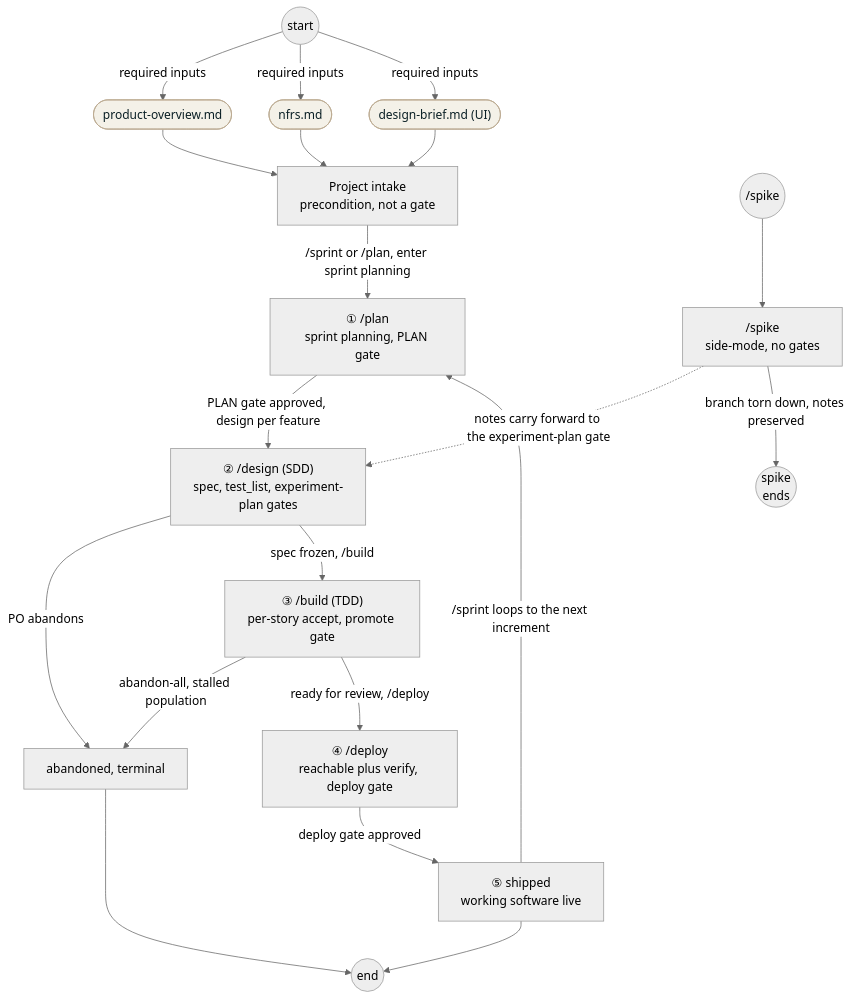
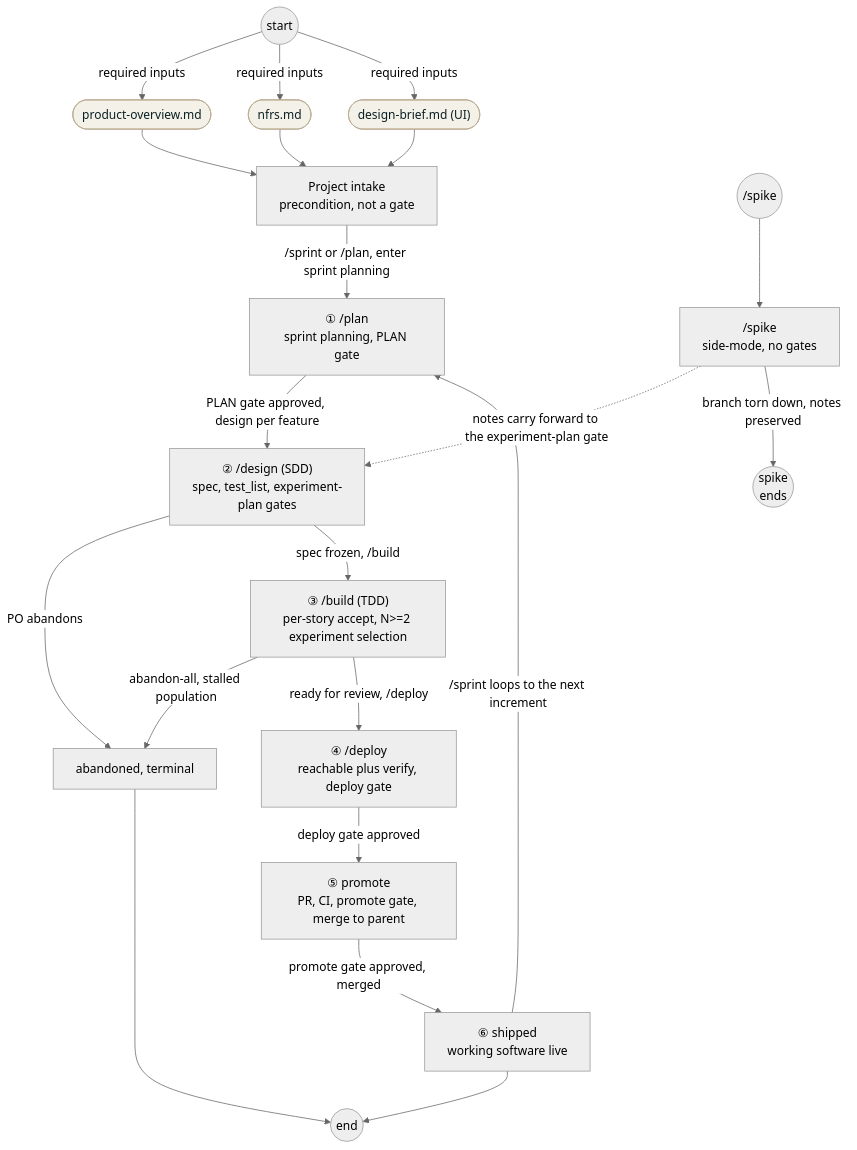
The tenth of 10 diagrams in skills/lakebase-sftdd-workflows/references/workflow-state-machine.md (databricks-solutions/lakebase-app-dev-kit), drawn with Mermaid (neutral theme) before and after one commit. The commit also changed other lines of this file, not shown here.

First line of the commit message:
docs(sftdd): close representation gaps across workflow-state-machine diagrams

````diff
--- a/skills/lakebase-sftdd-workflows/references/workflow-state-machine.md
+++ b/skills/lakebase-sftdd-workflows/references/workflow-state-machine.md
@@ -280,29 +328,30 @@
 ```mermaid
 flowchart TB
     INIT((start))
     Intake["Project intake<br/>precondition, not a gate"]
     Plan["① /plan<br/>sprint planning, PLAN gate"]
     Design["② /design (SDD)<br/>spec, test_list, experiment-plan gates"]
-    Build["③ /build (TDD)<br/>per-story accept, promote gate"]
+    Build["③ /build (TDD)<br/>per-story accept, N>=2 experiment selection"]
     Deploy["④ /deploy<br/>reachable plus verify, deploy gate"]
-    Shipped["⑤ shipped<br/>working software live"]
+    Promote["⑤ promote<br/>PR, CI, promote gate, merge to parent"]
+    Shipped["⑥ shipped<br/>working software live"]
 
     Design -->|PO abandons| Abandoned["abandoned, terminal"]
     Build -->|abandon-all, stalled population| Abandoned
     Abandoned --> DONE((end))
 
     INIT -->|required inputs| po(["product-overview.md"]) & nfr(["nfrs.md"]) & db(["design-brief.md (UI)"])
     po & nfr & db --> Intake
-    Intake -->|/sprint or /plan, enter sprint planning| Plan -->|PLAN gate approved, design per feature| Design -->|spec frozen, /build| Build -->|ready for review, /deploy| Deploy -->|deploy gate approved| Shipped
+    Intake -->|/sprint or /plan, enter sprint planning| Plan -->|PLAN gate approved, design per feature| Design -->|spec frozen, /build| Build -->|ready for review, /deploy| Deploy -->|deploy gate approved| Promote -->|promote gate approved, merged| Shipped
 
     Shipped --> DONE
 
     SPK(("/spike")) --> Spike["/spike<br/>side-mode, no gates"]
     Spike -.->|notes carry forward to the experiment-plan gate| Design
     Spike -->|branch torn down, notes preserved| SPKEND((spike<br/>ends))
 
     Shipped -->|/sprint loops to the next increment| Plan
 
     classDef artifact fill:#F4F1E8,stroke:#B9A88F,stroke-width:1px,color:#0B2026;
     class po,nfr,db artifact;
 ```
````
